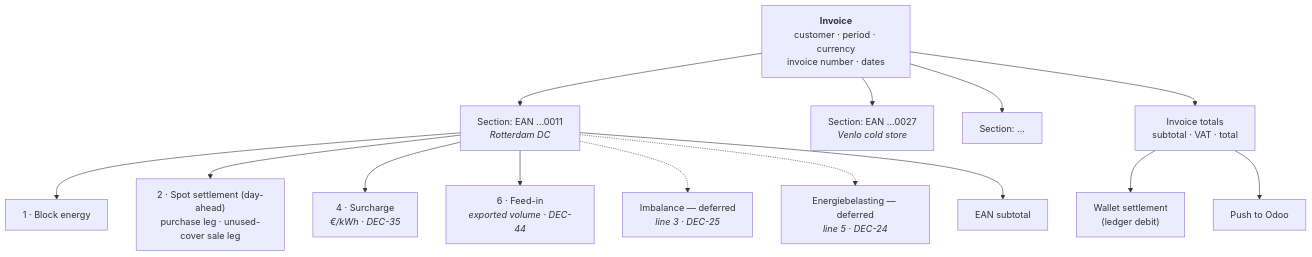
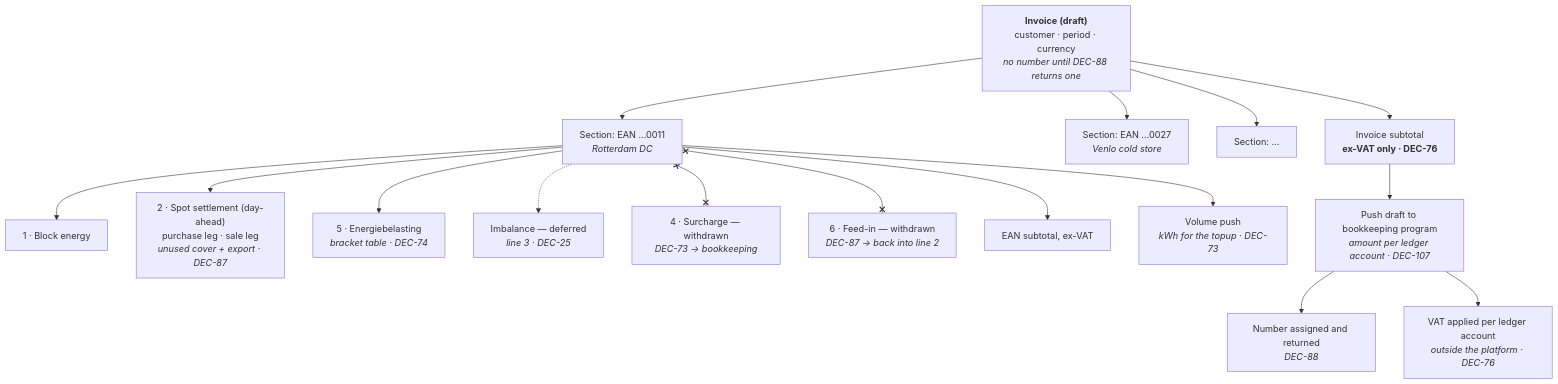
The first of 2 diagrams in specs/50-calculations/03-invoice-calculation.md (lukastosic-ifd/peakpowerspecs), drawn with Mermaid before and after one commit. The commit also changed other lines of this file and 66 other files, not shown here.

````diff
--- a/specs/50-calculations/03-invoice-calculation.md
+++ b/specs/50-calculations/03-invoice-calculation.md
@@ -31,19 +61,21 @@
 ```mermaid
 flowchart TB
-    INV["<b>Invoice</b><br/>customer · period · currency<br/>invoice number · dates"]
+    INV["<b>Invoice (draft)</b><br/>customer · period · currency<br/><i>no number until DEC-88 returns one</i>"]
     INV --> S1["Section: EAN …0011<br/><i>Rotterdam DC</i>"]
     INV --> S2["Section: EAN …0027<br/><i>Venlo cold store</i>"]
     INV --> SX["Section: …"]
-    INV --> TOT["Invoice totals<br/>subtotal · VAT · total"]
+    INV --> TOT["Invoice subtotal<br/><b>ex-VAT only · DEC-76</b>"]
 
     S1 --> L1["1 · Block energy"]
-    S1 --> L2["2 · Spot settlement (day-ahead)<br/>purchase leg · unused-cover sale leg"]
-    S1 --> L4["4 · Surcharge<br/><i>€/kWh · DEC-35</i>"]
-    S1 --> L6["6 · Feed-in<br/><i>exported volume · DEC-44</i>"]
+    S1 --> L2["2 · Spot settlement (day-ahead)<br/>purchase leg · sale leg<br/><i>unused cover + export · DEC-87</i>"]
+    S1 --> L5["5 · Energiebelasting<br/><i>bracket table · DEC-74</i>"]
     S1 -.-> L3["Imbalance — deferred<br/><i>line 3 · DEC-25</i>"]
-    S1 -.-> L5["Energiebelasting — deferred<br/><i>line 5 · DEC-24</i>"]
-    S1 --> LS["EAN subtotal"]
+    S1 x--x L4["4 · Surcharge — withdrawn<br/><i>DEC-73 → bookkeeping</i>"]
+    S1 x--x L6["6 · Feed-in — withdrawn<br/><i>DEC-87 → back into line 2</i>"]
+    S1 --> LS["EAN subtotal, ex-VAT"]
 
-    TOT --> W["Wallet settlement<br/>(ledger debit)"]
-    TOT --> O["Push to Odoo"]
+    S1 --> VOL["Volume push<br/><i>kWh for the topup · DEC-73</i>"]
+    TOT --> O["Push draft to bookkeeping program<br/><i>amount per ledger account · DEC-107</i>"]
+    O --> NUM["Number assigned and returned<br/><i>DEC-88</i>"]
+    O --> VATX["VAT applied per ledger account<br/><i>outside the platform · DEC-76</i>"]
 ```
````
